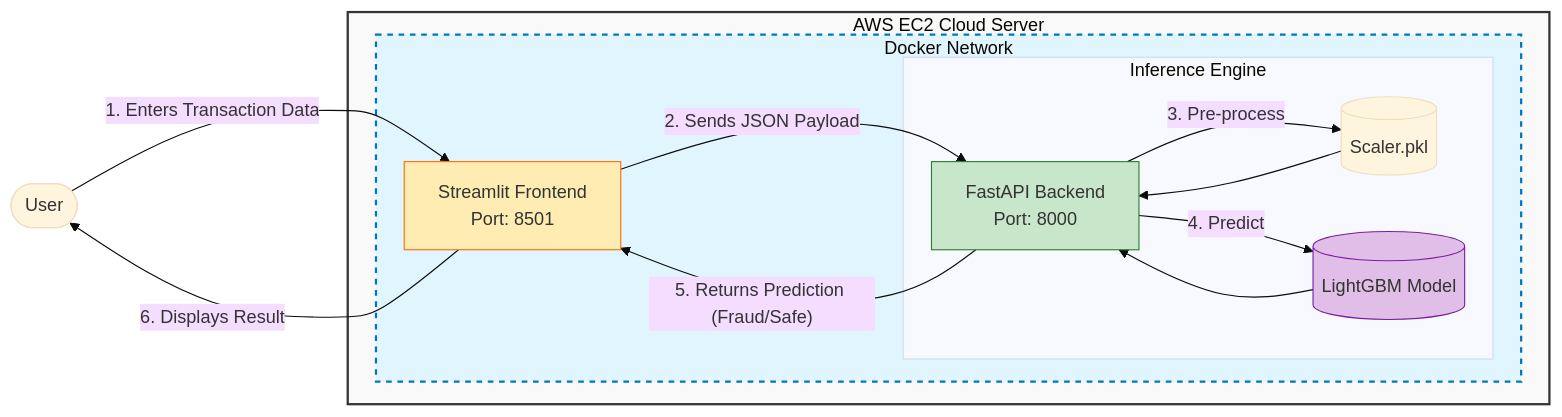
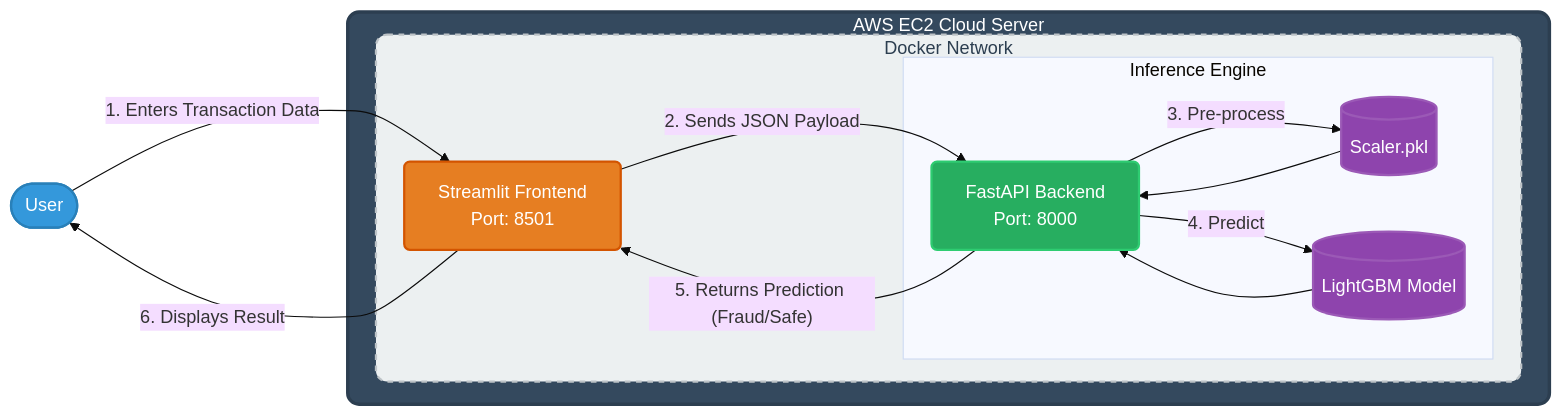
The diagram in README.md (KAILASH-SOU/Machine-Learning-Powered-Intelligent-Credit-Card-Fraud-Detection), drawn with Mermaid (base theme) before and after one commit.

Commit message:
Fix diagram formatting

````diff
--- a/README.md
+++ b/README.md
@@ -1,26 +1,33 @@
 ```mermaid
 graph LR
     User([User]) -- "1. Enters Transaction Data" --> UI[Streamlit Frontend\nPort: 8501]
     
     subgraph AWS_EC2_Instance [AWS EC2 Cloud Server]
         subgraph Docker_Network [Docker Network]
             UI -- "2. Sends JSON Payload" --> API[FastAPI Backend\nPort: 8000]
             
             subgraph Model_Logic [Inference Engine]
                 API -- "3. Pre-process" --> Scaler[(Scaler.pkl)]
                 Scaler --> API
                 API -- "4. Predict" --> Model[(LightGBM Model)]
                 Model --> API
             end
         end
     end
 
     API -- "5. Returns Prediction (Fraud/Safe)" --> UI
     UI -- "6. Displays Result" --> User
 
-    style AWS_EC2_Instance fill:#f9f9f9,stroke:#333,stroke-width:2px
-    style Docker_Network fill:#e1f5fe,stroke:#0277bd,stroke-width:2px,stroke-dasharray: 5 5
-    style UI fill:#ffecb3,stroke:#ff6f00
-    style API fill:#c8e6c9,stroke:#2e7d32
-    style Model fill:#e1bee7,stroke:#7b1fa2
+    %% --- Improved Styling Section ---
+    %% Darker container for AWS with white text
+    style AWS_EC2_Instance fill:#34495e,stroke:#2c3e50,stroke-width:3px,color:#fff,rx:10,ry:10
+    %% Lighter subtle container for network
+    style Docker_Network fill:#ecf0f1,stroke:#bdc3c7,stroke-width:2px,stroke-dasharray: 5 5,color:#2c3e50,rx:10,ry:10
+    
+    %% Vibrant, high-contrast component colors with white text
+    style User fill:#3498db,stroke:#2980b9,stroke-width:2px,color:#fff
+    style UI fill:#e67e22,stroke:#d35400,stroke-width:2px,color:#fff,rx:5,ry:5
+    style API fill:#27ae60,stroke:#2ecc71,stroke-width:2px,color:#fff,rx:5,ry:5
+    style Model fill:#8e44ad,stroke:#9b59b6,stroke-width:2px,color:#fff,rx:5,ry:5
+    style Scaler fill:#8e44ad,stroke:#9b59b6,stroke-width:2px,color:#fff,rx:5,ry:5
 ```
````
